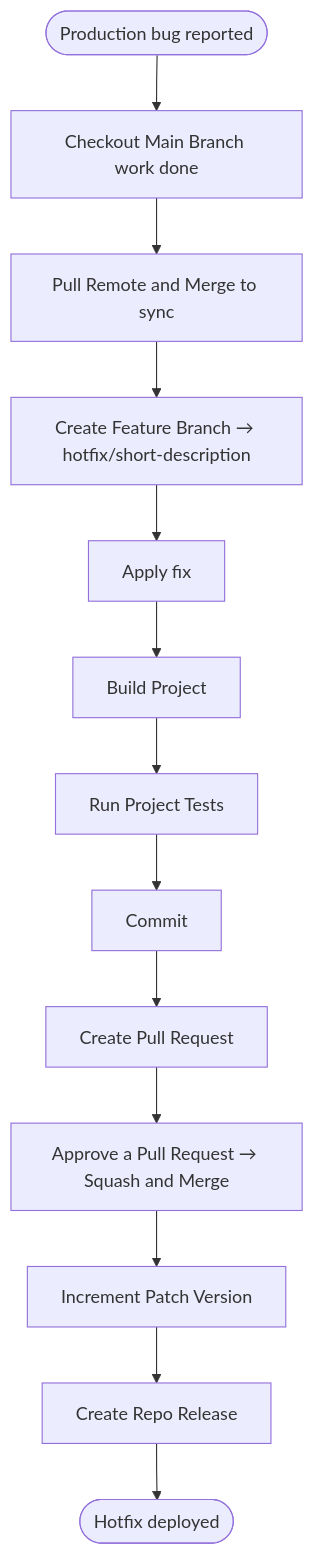
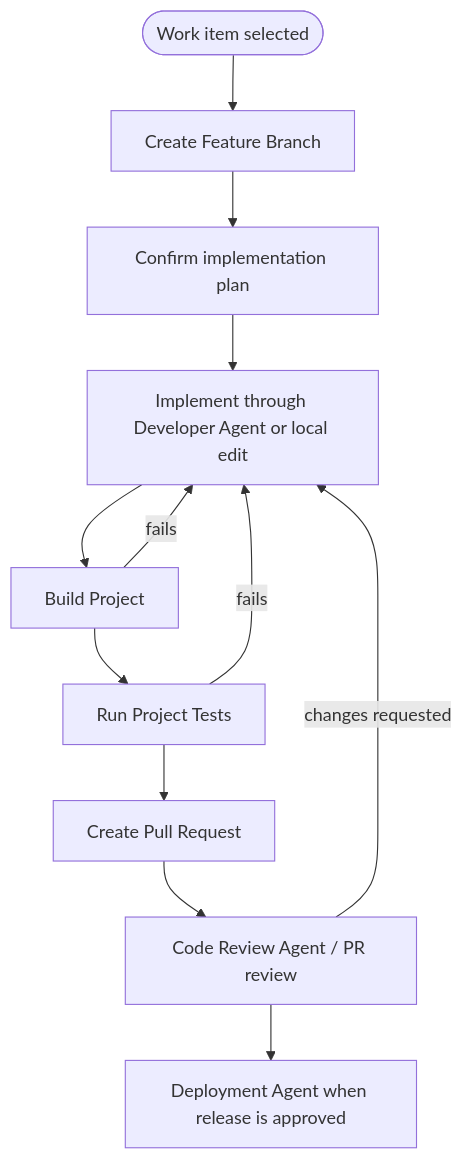
Before and after one commit to diegosfb/antigravity-task-runner: the second of 2 diagrams in docs/review Notes/workflow-demo.md, drawn with Mermaid. The commit also changed other lines of this file and 39 other files, not shown here.

````diff
--- a/docs/review Notes/workflow-demo.md
+++ b/docs/review Notes/workflow-demo.md
@@ -255,15 +48,17 @@
 ```mermaid
 flowchart TD
-    A([Production bug reported]) --> B[Checkout Main Branch work done]
-    B --> C[Pull Remote and Merge to sync]
-    C --> D[Create Feature Branch → hotfix/short-description]
-    D --> E[Apply fix]
-    E --> F[Build Project]
-    F --> G[Run Project Tests]
-    G --> H[Commit]
-    H --> I[Create Pull Request]
-    I --> J[Approve a Pull Request → Squash and Merge]
-    J --> K[Increment Patch Version]
-    K --> L[Create Repo Release]
-    L --> M([Hotfix deployed])
+    Start([Work item selected])
+    Branch[Create Feature Branch]
+    Plan[Confirm implementation plan]
+    Code[Implement through Developer Agent or local edit]
+    Build[Build Project]
+    Test[Run Project Tests]
+    PR[Create Pull Request]
+    Review[Code Review Agent / PR review]
+    Deploy[Deployment Agent when release is approved]
+
+    Start --> Branch --> Plan --> Code --> Build --> Test --> PR --> Review --> Deploy
+    Build -- fails --> Code
+    Test -- fails --> Code
+    Review -- changes requested --> Code
 ```
````
